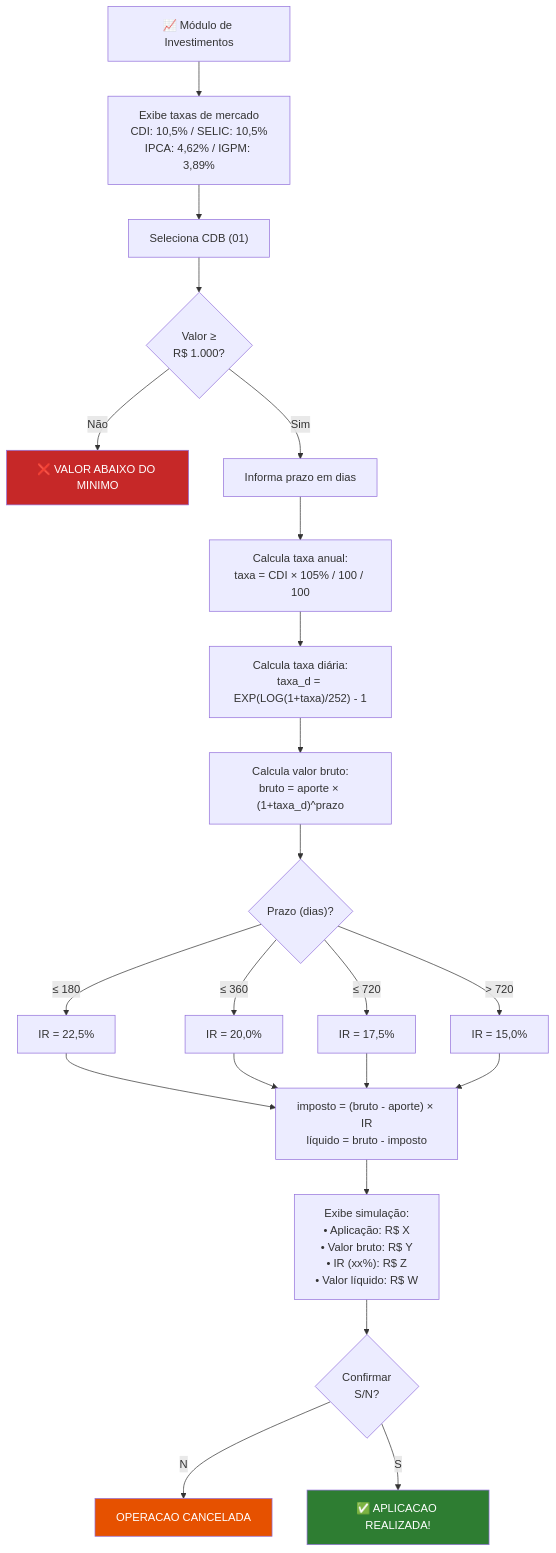
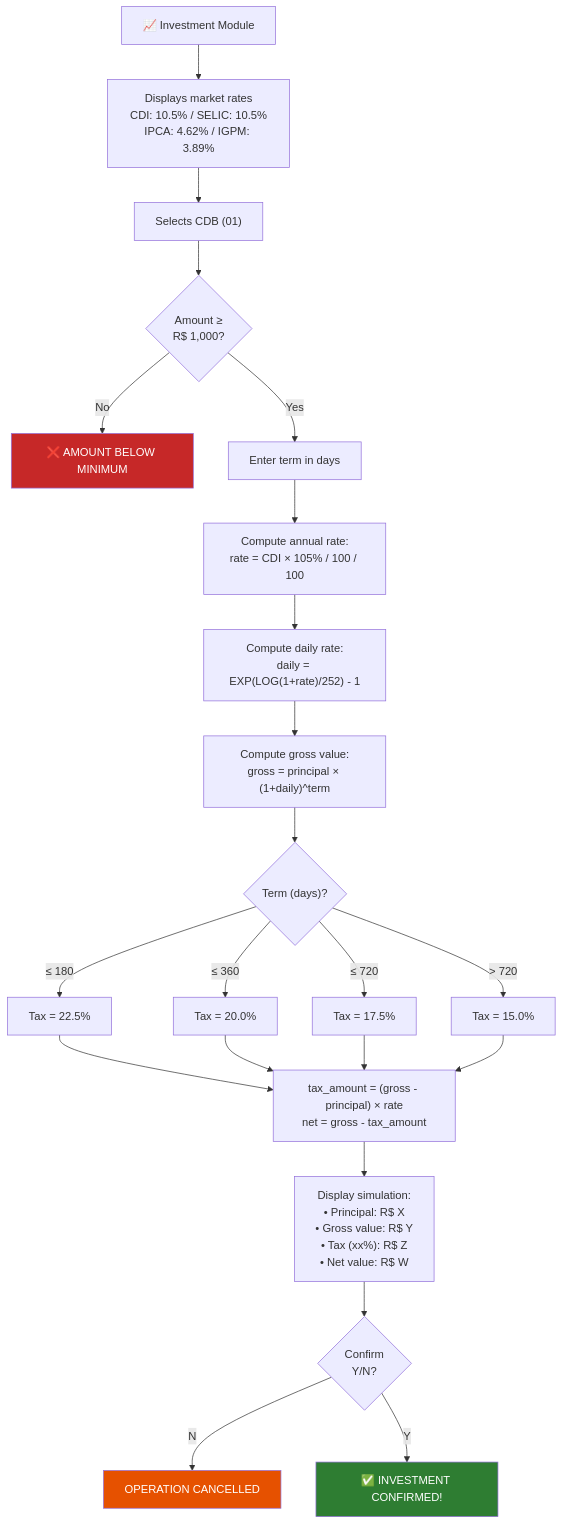
One commit to VictorHJesusSantiago/bank_system changed the tenth of 11 diagrams in README.md. Above: the diagram before and after it, drawn with Mermaid. The commit also changed other lines of this file and 2 other files, not shown here.

````diff
--- a/README.md
+++ b/README.md
@@ -1114,25 +1120,25 @@
 ```mermaid
 flowchart TD
-    A["📈 Módulo de Investimentos"] --> B["Exibe taxas de mercado\nCDI: 10,5% / SELIC: 10,5%\nIPCA: 4,62% / IGPM: 3,89%"]
-    B --> C["Seleciona CDB (01)"]
-    C --> D{"Valor ≥\nR$ 1.000?"}
-    D -->|"Não"| E["❌ VALOR ABAIXO DO MINIMO"]
-    D -->|"Sim"| F["Informa prazo em dias"]
-    F --> G["Calcula taxa anual:\ntaxa = CDI × 105% / 100 / 100"]
-    G --> H["Calcula taxa diária:\ntaxa_d = EXP(LOG(1+taxa)/252) - 1"]
-    H --> I["Calcula valor bruto:\nbruto = aporte × (1+taxa_d)^prazo"]
-    I --> J{"Prazo (dias)?"}
-    J -->|"≤ 180"| K["IR = 22,5%"]
-    J -->|"≤ 360"| L["IR = 20,0%"]
-    J -->|"≤ 720"| M["IR = 17,5%"]
-    J -->|"> 720"| N["IR = 15,0%"]
-    K & L & M & N --> O["imposto = (bruto - aporte) × IR\nlíquido = bruto - imposto"]
-    O --> P["Exibe simulação:\n• Aplicação: R$ X\n• Valor bruto: R$ Y\n• IR (xx%): R$ Z\n• Valor líquido: R$ W"]
-    P --> Q{"Confirmar\nS/N?"}
-    Q -->|"N"| R["OPERACAO CANCELADA"]
-    Q -->|"S"| S["✅ APLICACAO REALIZADA!"]
+    A["📈 Investment Module"] --> B["Displays market rates\nCDI: 10.5% / SELIC: 10.5%\nIPCA: 4.62% / IGPM: 3.89%"]
+    B --> C["Selects CDB (01)"]
+    C --> D{"Amount ≥\nR$ 1,000?"}
+    D -->|"No"| E["❌ AMOUNT BELOW MINIMUM"]
+    D -->|"Yes"| F["Enter term in days"]
+    F --> G["Compute annual rate:\nrate = CDI × 105% / 100 / 100"]
+    G --> H["Compute daily rate:\ndaily = EXP(LOG(1+rate)/252) - 1"]
+    H --> I["Compute gross value:\ngross = principal × (1+daily)^term"]
+    I --> J{"Term (days)?"}
+    J -->|"≤ 180"| K["Tax = 22.5%"]
+    J -->|"≤ 360"| L["Tax = 20.0%"]
+    J -->|"≤ 720"| M["Tax = 17.5%"]
+    J -->|"> 720"| N["Tax = 15.0%"]
+    K & L & M & N --> O["tax_amount = (gross - principal) × rate\nnet = gross - tax_amount"]
+    O --> P["Display simulation:\n• Principal: R$ X\n• Gross value: R$ Y\n• Tax (xx%): R$ Z\n• Net value: R$ W"]
+    P --> Q{"Confirm\nY/N?"}
+    Q -->|"N"| R["OPERATION CANCELLED"]
+    Q -->|"Y"| S["✅ INVESTMENT CONFIRMED!"]
 
     style E fill:#c62828,color:#fff
     style S fill:#2e7d32,color:#fff
     style R fill:#e65100,color:#fff
 ```
````
